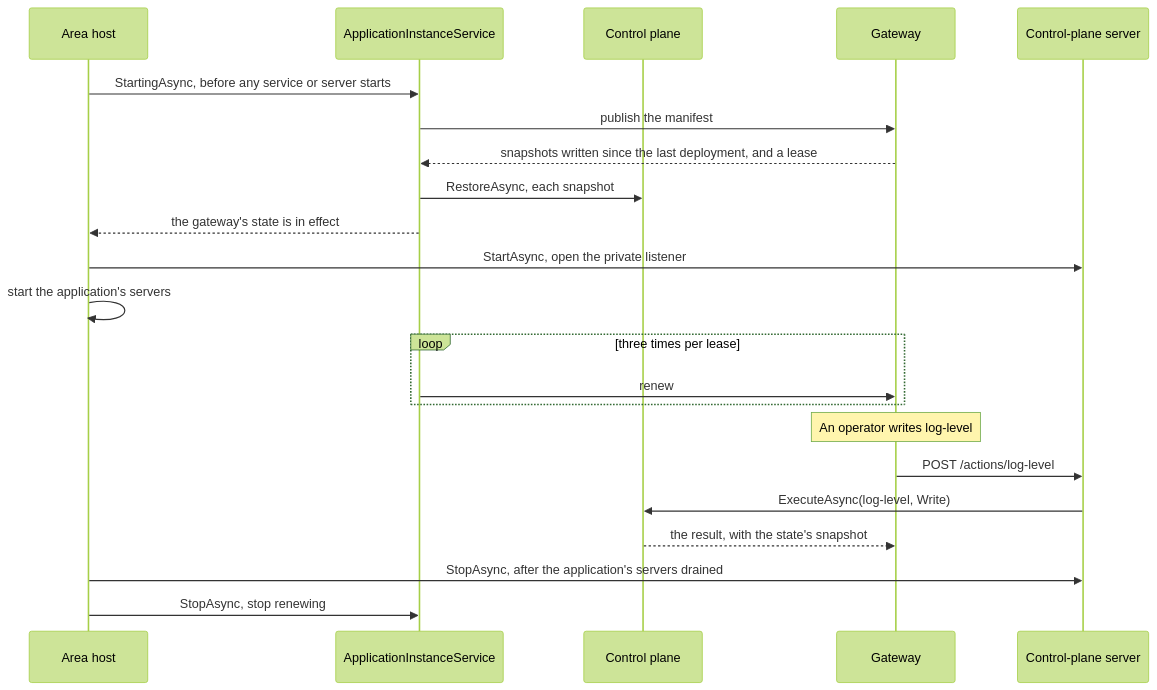
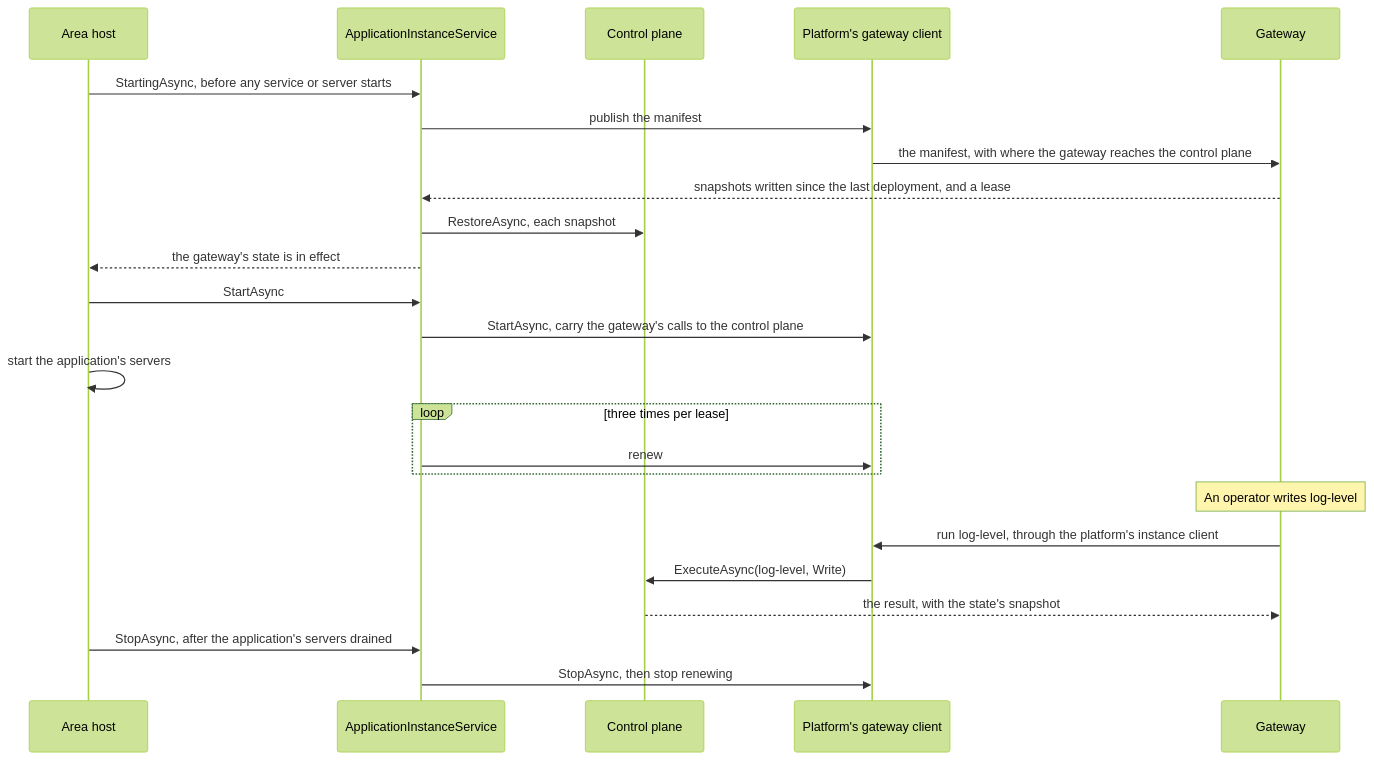
One commit to assimalign/cohesion changed the second of 2 diagrams in libraries/ApplicationModel/Assimalign.Cohesion.ApplicationModel.Hosting/docs/DESIGN.md. Above: the diagram before and after it, drawn with Mermaid (forest theme). The commit also changed other lines of this file and 126 other files, not shown here.

````diff
--- a/libraries/ApplicationModel/Assimalign.Cohesion.ApplicationModel.Hosting/docs/DESIGN.md
+++ b/libraries/ApplicationModel/Assimalign.Cohesion.ApplicationModel.Hosting/docs/DESIGN.md
@@ -79,24 +86,26 @@
 ```mermaid
 sequenceDiagram
     participant Host as Area host
     participant RS as ApplicationInstanceService
     participant CP as Control plane
+    participant Client as Platform's gateway client
     participant GW as Gateway
-    participant Srv as Control-plane server
     Host->>RS: StartingAsync, before any service or server starts
-    RS->>GW: publish the manifest
+    RS->>Client: publish the manifest
+    Client->>GW: the manifest, with where the gateway reaches the control plane
     GW-->>RS: snapshots written since the last deployment, and a lease
     RS->>CP: RestoreAsync, each snapshot
     RS-->>Host: the gateway's state is in effect
-    Host->>Srv: StartAsync, open the private listener
+    Host->>RS: StartAsync
+    RS->>Client: StartAsync, carry the gateway's calls to the control plane
     Host->>Host: start the application's servers
     loop three times per lease
-        RS->>GW: renew
+        RS->>Client: renew
     end
     Note over GW: An operator writes log-level
-    GW->>Srv: POST /actions/log-level
-    Srv->>CP: ExecuteAsync(log-level, Write)
+    GW->>Client: run log-level, through the platform's instance client
+    Client->>CP: ExecuteAsync(log-level, Write)
     CP-->>GW: the result, with the state's snapshot
-    Host->>Srv: StopAsync, after the application's servers drained
-    Host->>RS: StopAsync, stop renewing
+    Host->>RS: StopAsync, after the application's servers drained
+    RS->>Client: StopAsync, then stop renewing
 ```
````
